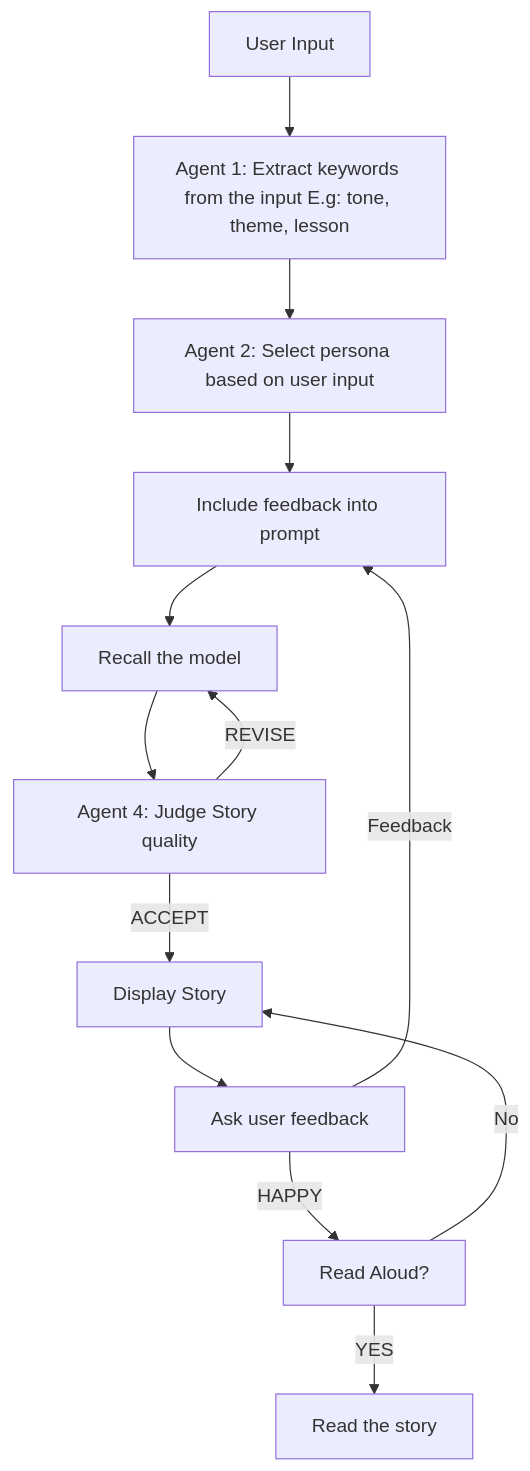
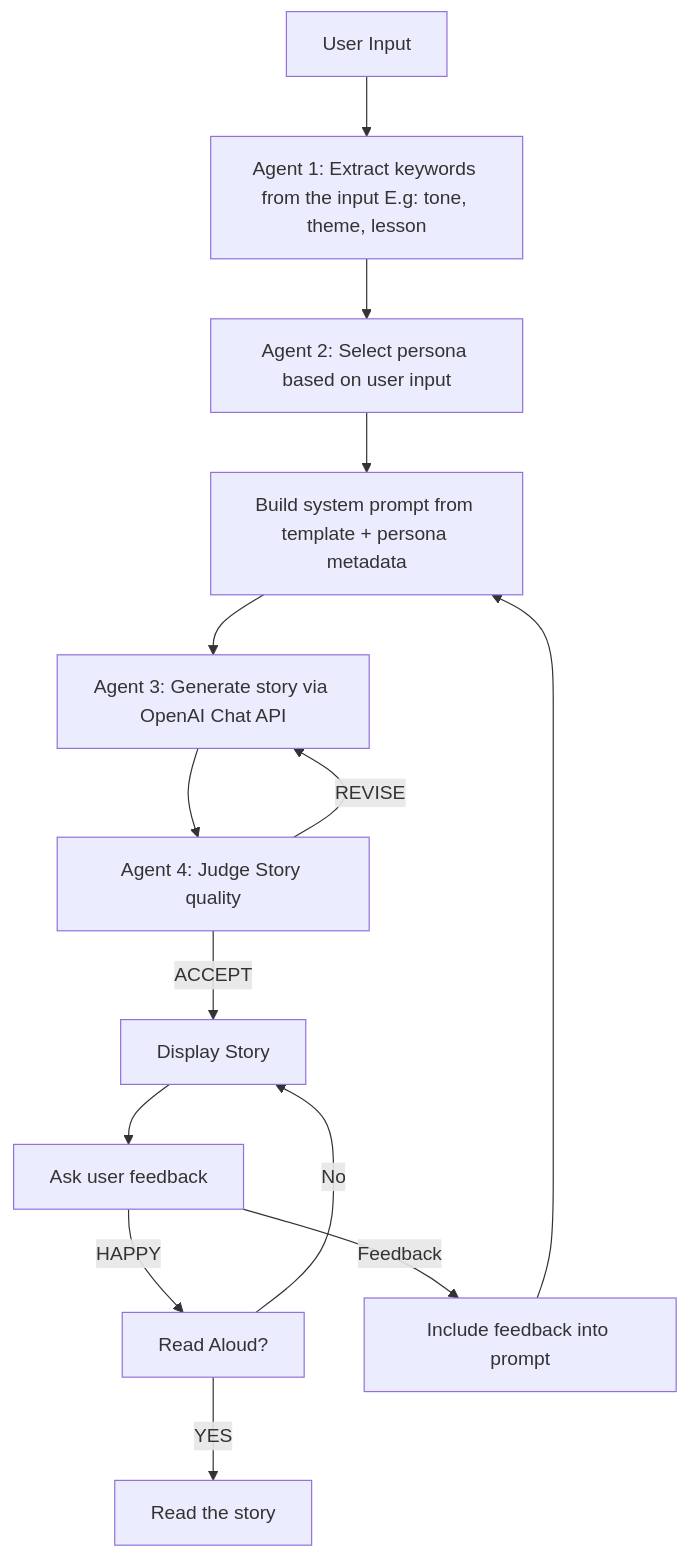
One commit to Deekshita-karingula-01/Multi-Agent-Story-Generator changed the diagram in README.md. Above: the diagram before and after it, drawn with Mermaid.

````diff
--- a/README.md
+++ b/README.md
@@ -38,15 +38,16 @@
 ```mermaid
 flowchart TD
   A[User Input] --> B[Agent 1: Extract keywords from the input E.g: tone, theme, lesson]
   B --> C[Agent 2: Select persona based on user input]
   C --> D[Build system prompt from template + persona metadata]
   D --> E[Agent 3: Generate story via OpenAI Chat API]
   E --> F[Agent 4: Judge Story quality]
   F -- "ACCEPT" --> G[Display Story]
-  F -- "REVISE" --> E[Recall the model]
+  F -- "REVISE" --> E
   G --> H[Ask user feedback]
-  H -- "HAPPY" --> I[Read Aloud?]
-  H -- "Feedback" --> D[Include feedback into prompt]
-  I -- "YES" --> J[Read the story]
-  I -- "No" --> G
+  H -- "HAPPY" --> J[Read Aloud?]
+  H -- "Feedback" --> I[Include feedback into prompt]
+  I --> D
+  J -- "YES" --> K[Read the story]
+  J -- "No" --> G
 ```
````
